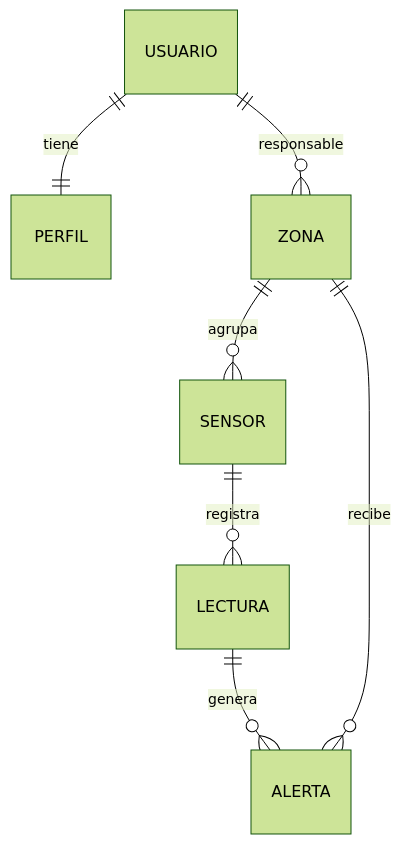
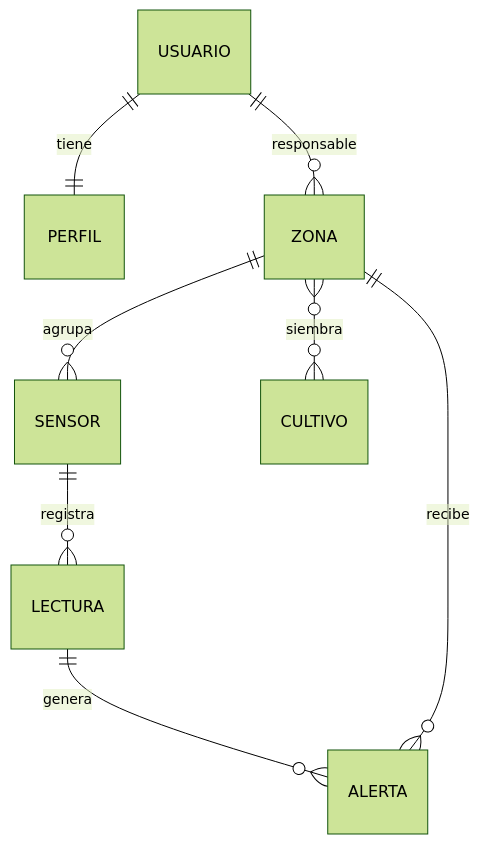
Before and after one commit to diarpicu2022-commits/hidromon: the diagram in README.md, drawn with Mermaid (forest theme). The commit also changed other lines of this file, not shown here.

````diff
--- a/README.md
+++ b/README.md
@@ -35,9 +35,10 @@
 ```mermaid
 erDiagram
     USUARIO ||--|| PERFIL : tiene
     USUARIO ||--o{ ZONA : responsable
     ZONA ||--o{ SENSOR : agrupa
     SENSOR ||--o{ LECTURA : registra
     LECTURA ||--o{ ALERTA : genera
     ZONA ||--o{ ALERTA : recibe
+    ZONA }o--o{ CULTIVO : siembra
 ```
````
